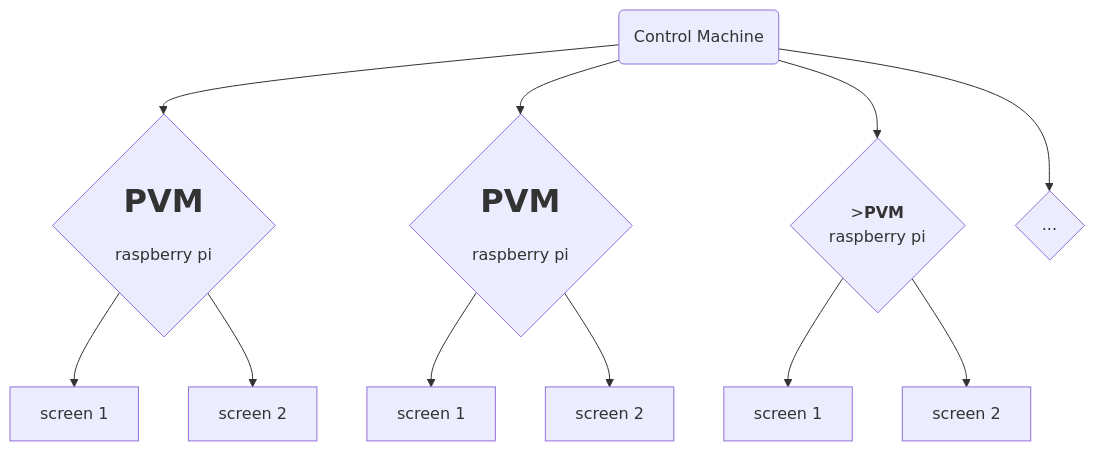
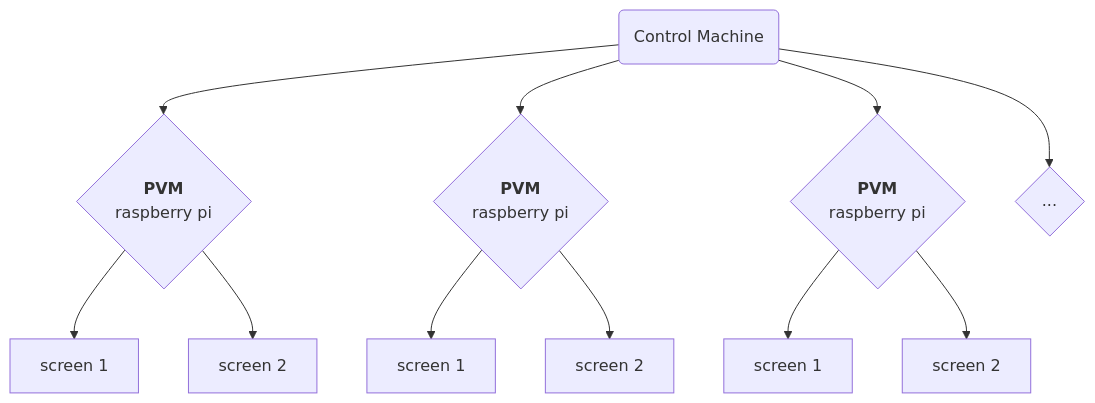
One commit to omarcostahamido/PVM changed the diagram in README.md. Above: the diagram before and after it, drawn with Mermaid.

Commit message:
remove font size from mermaid

````diff
--- a/README.md
+++ b/README.md
@@ -4,13 +4,13 @@
 ```mermaid
 flowchart TD
-    A(Control Machine) -->B{<font size=6><b>PVM</b><br><font size=3>raspberry pi}
-    A -->C{<font size=6><b>PVM</b><br><font size=3>raspberry pi}
-    A -->D{><b>PVM</b><br>raspberry pi}
+    A(Control Machine) -->B{<b>PVM</b><br>raspberry pi}
+    A -->C{<b>PVM</b><br>raspberry pi}
+    A -->D{<b>PVM</b><br>raspberry pi}
     A -->K{...}
     B -->E[screen 1]
     B -->F[screen 2]
     C -->G[screen 1]
     C -->H[screen 2]
     D -->I[screen 1]
     D -->J[screen 2]
 ```
````
